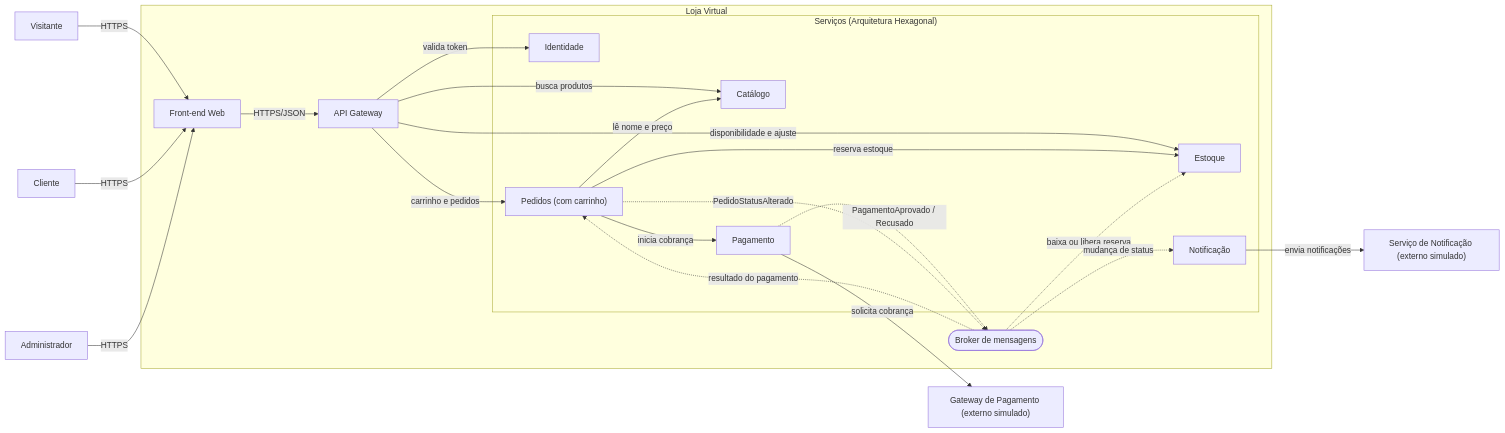
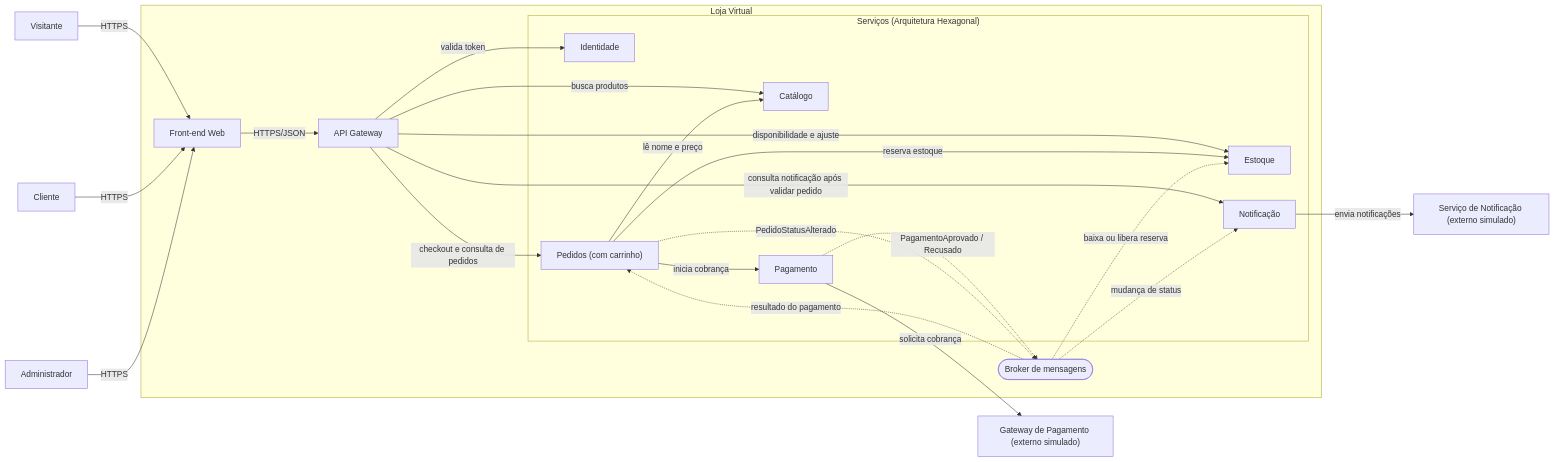
One commit to aSTRonuun/e-story-project-architecture changed the second of 2 diagrams in docs/c4/containers.md. Above: the diagram before and after it, drawn with Mermaid. The commit also changed other lines of this file and 37 other files, not shown here.

````diff
--- a/docs/c4/containers.md
+++ b/docs/c4/containers.md
@@ -70,48 +71,49 @@
 ```mermaid
 flowchart LR
     Visitante["Visitante"]
     Cliente["Cliente"]
     Admin["Administrador"]
 
     subgraph LV["Loja Virtual"]
         Front["Front-end Web"]
         GW["API Gateway"]
 
         subgraph SVC["Serviços (Arquitetura Hexagonal)"]
             Identidade["Identidade"]
             Catalogo["Catálogo"]
             Estoque["Estoque"]
             Pedidos["Pedidos (com carrinho)"]
             Pagamento["Pagamento"]
             Notificacao["Notificação"]
         end
 
         Broker(["Broker de mensagens"])
     end
 
     PagExt["Gateway de Pagamento (externo simulado)"]
     NotExt["Serviço de Notificação (externo simulado)"]
 
     Visitante -->|"HTTPS"| Front
     Cliente -->|"HTTPS"| Front
     Admin -->|"HTTPS"| Front
     Front -->|"HTTPS/JSON"| GW
 
     GW -->|"valida token"| Identidade
     GW -->|"busca produtos"| Catalogo
     GW -->|"disponibilidade e ajuste"| Estoque
-    GW -->|"carrinho e pedidos"| Pedidos
+    GW -->|"checkout e consulta de pedidos"| Pedidos
+    GW -->|"consulta notificação após validar pedido"| Notificacao
 
     Pedidos -->|"reserva estoque"| Estoque
     Pedidos -->|"lê nome e preço"| Catalogo
     Pedidos -->|"inicia cobrança"| Pagamento
 
     Pagamento -->|"solicita cobrança"| PagExt
     Notificacao -->|"envia notificações"| NotExt
 
     Pagamento -.->|"PagamentoAprovado / Recusado"| Broker
     Pedidos -.->|"PedidoStatusAlterado"| Broker
     Broker -.->|"resultado do pagamento"| Pedidos
     Broker -.->|"baixa ou libera reserva"| Estoque
     Broker -.->|"mudança de status"| Notificacao
 ```
````
